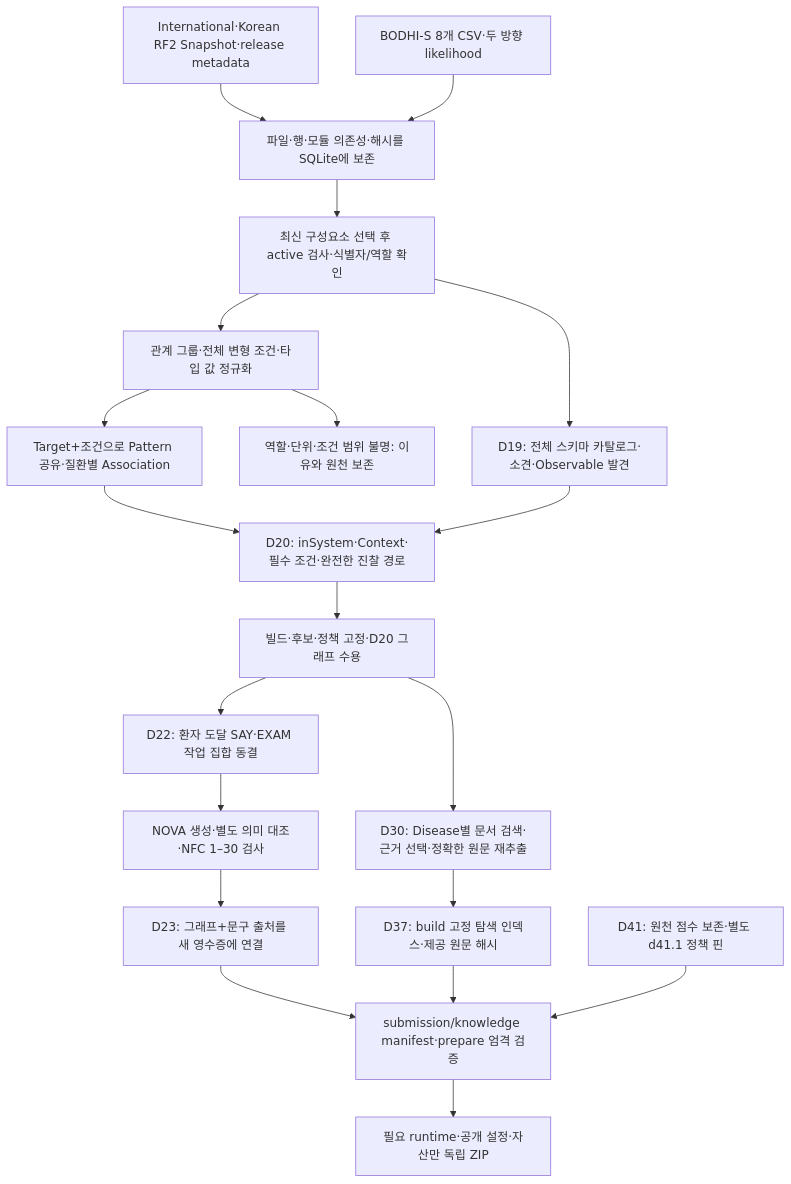
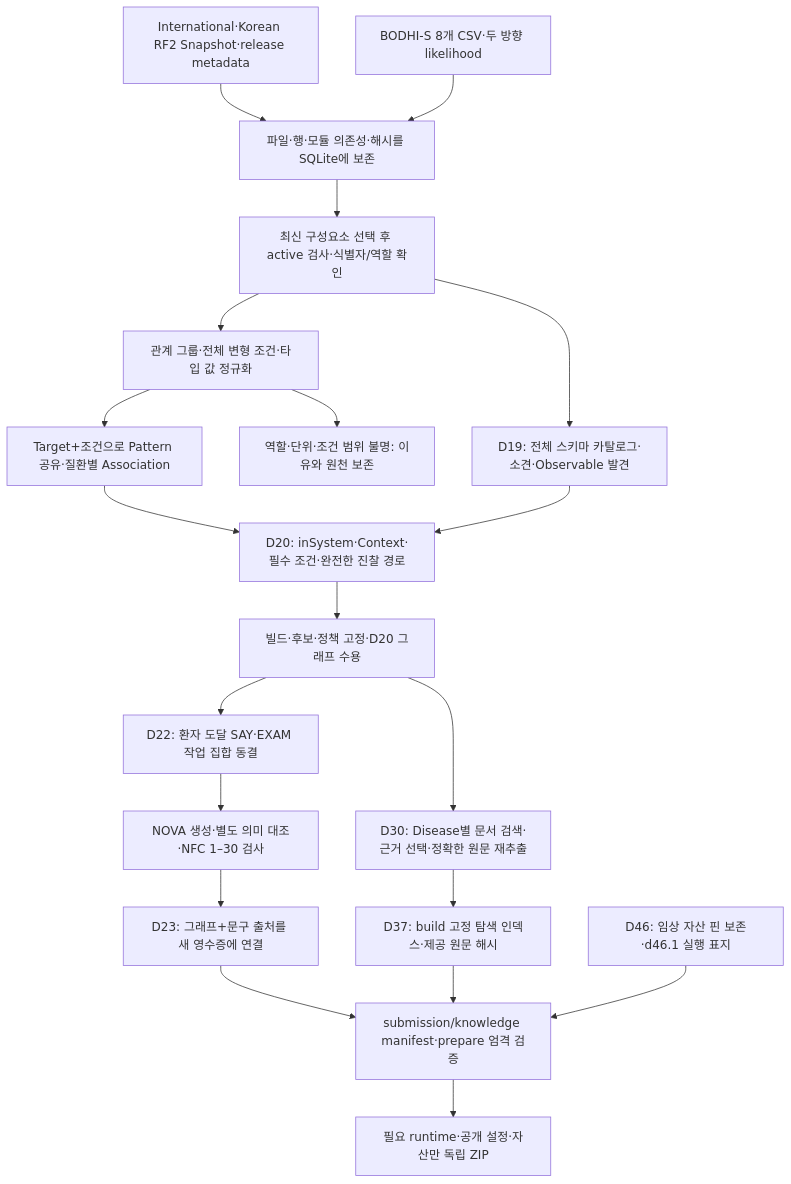
The fifth of 5 diagrams in submission/README.md (devRestain/Ontoward), drawn with Mermaid before and after one commit. The commit also changed other lines of this file and 74 other files, not shown here.

````diff
--- a/submission/README.md
+++ b/submission/README.md
@@ -375,22 +240,22 @@
 ```mermaid
 flowchart TD
     RF2["International·Korean RF2 Snapshot·release metadata"] --> Custody["파일·행·모듈 의존성·해시를 SQLite에 보존"]
     BODHI["BODHI-S 8개 CSV·두 방향 likelihood"] --> Custody
     Custody --> Latest["최신 구성요소 선택 후 active 검사·식별자/역할 확인"]
     Latest --> Normalize["관계 그룹·전체 변형 조건·타입 값 정규화"]
     Normalize --> Shared["Target+조건으로 Pattern 공유·질환별 Association"]
     Normalize --> Gap["역할·단위·조건 범위 불명: 이유와 원천 보존"]
     Latest --> Discovery["D19: 전체 스키마 카탈로그·소견·Observable 발견"]
     Shared --> Connect["D20: inSystem·Context·필수 조건·완전한 진찰 경로"]
     Discovery --> Connect
     Connect --> Graph["빌드·후보·정책 고정·D20 그래프 수용"]
     Graph --> Workset["D22: 환자 도달 SAY·EXAM 작업 집합 동결"]
     Workset --> Text["NOVA 생성·별도 의미 대조·NFC 1–30 검사"]
     Text --> Admit["D23: 그래프+문구 출처를 새 영수증에 연결"]
     Admit --> Runtime["submission/knowledge manifest·prepare 엄격 검증"]
     Graph --> Guidelines["D30: Disease별 문서 검색·근거 선택·정확한 원문 재추출"]
     Guidelines --> Index["D37: build 고정 탐색 인덱스·제공 원문 해시"]
     Index --> Runtime
-    Policy["D41: 원천 점수 보존·별도 d41.1 정책 핀"] --> Runtime
+    Policy["D46: 임상 자산 핀 보존·d46.1 실행 표지"] --> Runtime
     Runtime --> Package["필요 runtime·공개 설정·자산만 독립 ZIP"]
 ```
````
